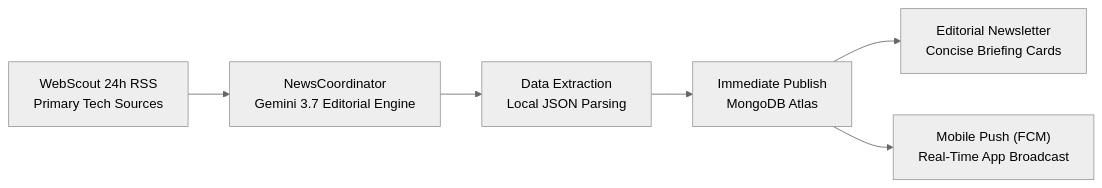
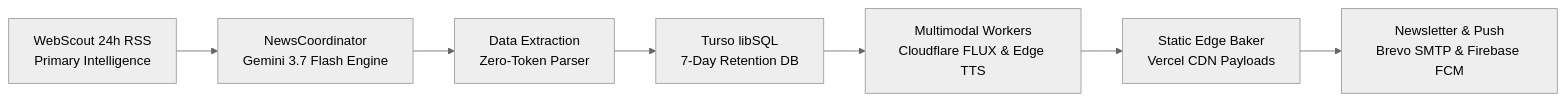
One commit to AnamolZ/lucid-trend changed the first of 3 diagrams in README.md. Above: the diagram before and after it, drawn with Mermaid (neutral theme). The commit also changed other lines of this file and 2 other files, not shown here.

Commit message:
docs: update system overview, mechanism, and use guide with Turso DB and Cloudflare AI pool

````diff
--- a/README.md
+++ b/README.md
@@ -10,8 +10,9 @@
 ```mermaid
 flowchart LR
-    A["WebScout 24h RSS<br/>Primary Tech Sources"] --> B["NewsCoordinator<br/>Gemini 3.7 Editorial Engine"]
-    B --> C["Data Extraction<br/>Local JSON Parsing"]
-    C --> D["Immediate Publish<br/>MongoDB Atlas"]
-    D --> E["Editorial Newsletter<br/>Concise Briefing Cards"]
-    D --> F["Mobile Push (FCM)<br/>Real-Time App Broadcast"]
+    A["WebScout 24h RSS<br/>Primary Intelligence"] --> B["NewsCoordinator<br/>Gemini 3.7 Flash Engine"]
+    B --> C["Data Extraction<br/>Zero-Token Parser"]
+    C --> D["Turso libSQL<br/>7-Day Retention DB"]
+    D --> E["Multimodal Workers<br/>Cloudflare FLUX & Edge TTS"]
+    E --> F["Static Edge Baker<br/>Vercel CDN Payloads"]
+    F --> G["Newsletter & Push<br/>Brevo SMTP & Firebase FCM"]
 ```
````
